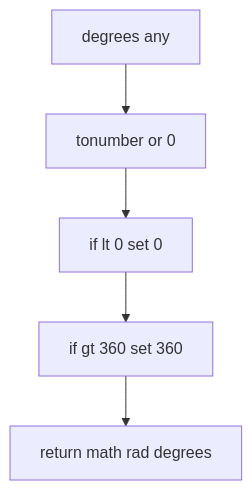
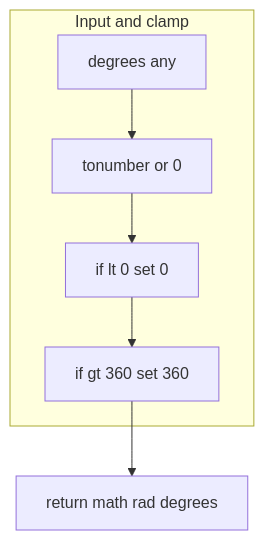
One commit to Gh0st352/AETHR changed the first of 3 diagrams in docs/math/angles.md. Above: the diagram before and after it, drawn with Mermaid. The commit also changed other lines of this file and 5 other files, not shown here.

First line of the commit message:
docs: normalize headings and enhance Mermaid diagrams in math README

````diff
--- a/docs/math/angles.md
+++ b/docs/math/angles.md
@@ -16,7 +16,18 @@
 ```mermaid
+%% shared theme: docs/_mermaid/theme.json %%
 flowchart TD
-  IN[degrees any] --> NUM[tonumber or 0]
-  NUM --> CL1[if lt 0 set 0]
-  CL1 --> CL2[if gt 360 set 360]
+  subgraph "Input and clamp"
+    IN[degrees any]
+    NUM[tonumber or 0]
+    CL1[if lt 0 set 0]
+    CL2[if gt 360 set 360]
+  end
+  IN --> NUM
+  NUM --> CL1
+  CL1 --> CL2
   CL2 --> RAD[return math rad degrees]
+  class IN class_io;
+  class NUM class_compute;
+  class CL1,CL2 class_decision;
+  class RAD class_result;
 ```
````
